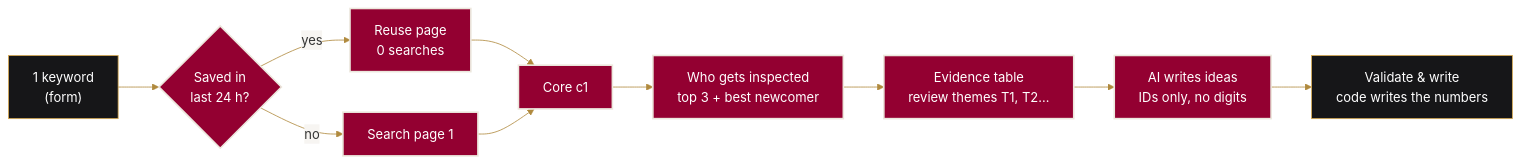
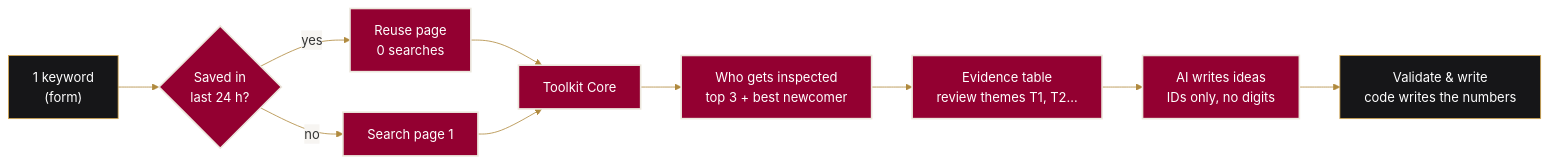
The diagram in i2-market-deep-dive/README.md (Mohib-Ur-Rehman-automation/amazon-toolkit), drawn with Mermaid before and after one commit. The commit also changed other lines of this file and 28 other files, not shown here.

````diff
--- a/i2-market-deep-dive/README.md
+++ b/i2-market-deep-dive/README.md
@@ -36,17 +36,17 @@
 ```mermaid
 %%{init: {'theme':'base','themeVariables':{'fontFamily':'Georgia, serif','lineColor':'#B08A3E','textColor':'#1f2328','edgeLabelBackground':'#f7f5f2'}}}%%
 flowchart LR
   A["1 keyword<br/>(form)"] --> B{"Saved in<br/>last 24 h?"}
   B -- yes --> C["Reuse page<br/>0 searches"]
   B -- no --> D["Search page 1"]
-  C --> E["Core c1"]
+  C --> E["Toolkit Core"]
   D --> E
   E --> F["Who gets inspected<br/>top 3 + best newcomer"]
   F --> G["Evidence table<br/>review themes T1, T2…"]
   G --> H["AI writes ideas<br/>IDs only, no digits"]
   H --> I["Validate & write<br/>code writes the numbers"]
   classDef step fill:#930031,stroke:#ECE7DD,stroke-width:2px,color:#ffffff;
   classDef io fill:#161618,stroke:#DAAC53,color:#ffffff;
   class A,I io;
   class B,C,D,E,F,G,H step;
 ```
````
